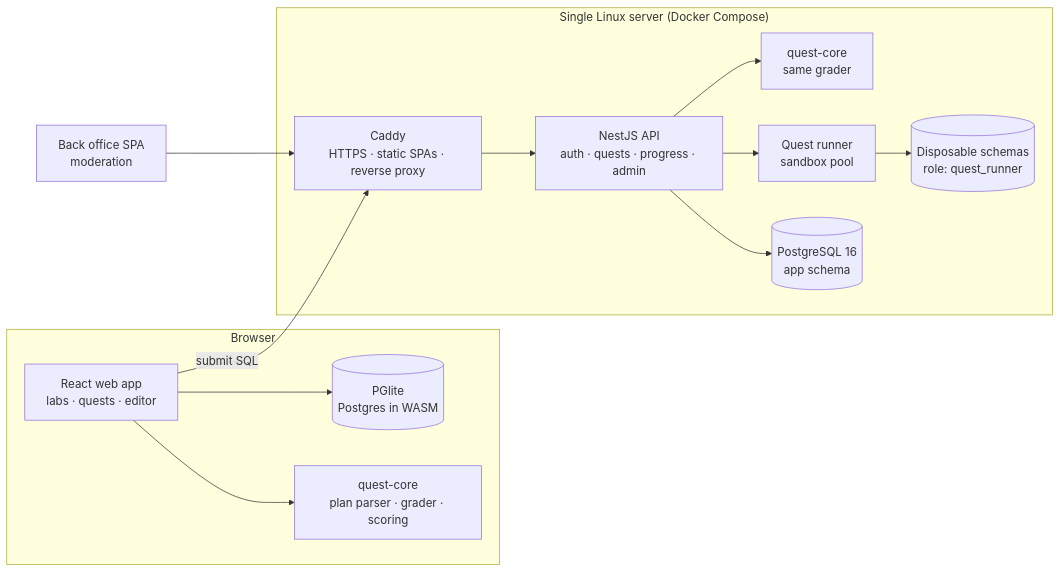
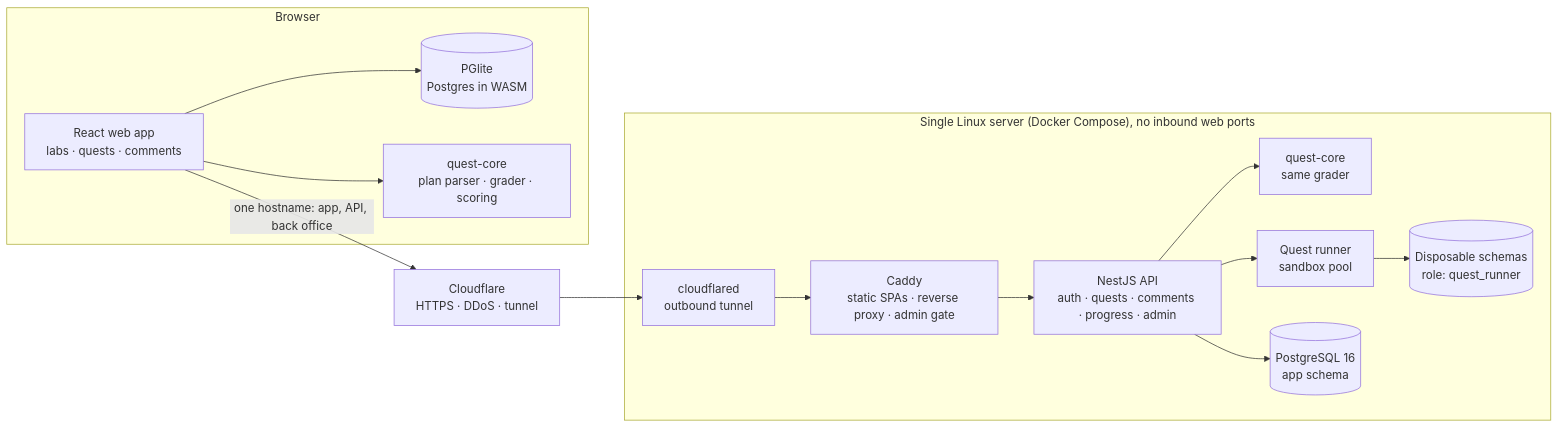
Before and after one commit to SASanchezz/dbplay-showcase: the diagram in README.md, drawn with Mermaid. The commit also changed other lines of this file and 18 other files, not shown here.

````diff
--- a/README.md
+++ b/README.md
@@ -48,25 +71,28 @@
 ```mermaid
 flowchart LR
   subgraph Browser
-    WEB[React web app<br/>labs · quests · editor]
+    WEB[React web app<br/>labs · quests · comments]
     PGL[(PGlite<br/>Postgres in WASM)]
     QC1[quest-core<br/>plan parser · grader · scoring]
     WEB --> PGL
     WEB --> QC1
   end
 
-  subgraph Server["Single Linux server (Docker Compose)"]
-    CADDY[Caddy<br/>HTTPS · static SPAs · reverse proxy]
-    API[NestJS API<br/>auth · quests · progress · admin]
+  CF[Cloudflare<br/>HTTPS · DDoS · tunnel]
+
+  subgraph Server["Single Linux server (Docker Compose), no inbound web ports"]
+    CFD[cloudflared<br/>outbound tunnel]
+    CADDY[Caddy<br/>static SPAs · reverse proxy · admin gate]
+    API[NestJS API<br/>auth · quests · comments · progress · admin]
     QC2[quest-core<br/>same grader]
     RUN[Quest runner<br/>sandbox pool]
     DB[(PostgreSQL 16<br/>app schema)]
     SBX[(Disposable schemas<br/>role: quest_runner)]
+    CFD --> CADDY --> API
     API --> QC2
     API --> DB
     API --> RUN --> SBX
   end
 
-  BO[Back office SPA<br/>moderation] --> CADDY
-  WEB -- "submit SQL" --> CADDY --> API
+  WEB -- "one hostname: app, API, back office" --> CF --> CFD
 ```
````
